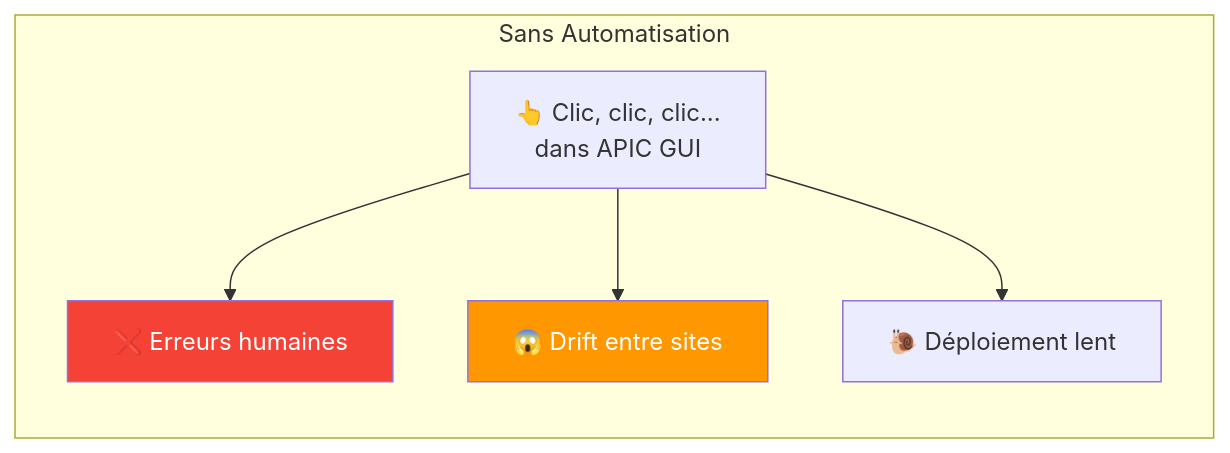
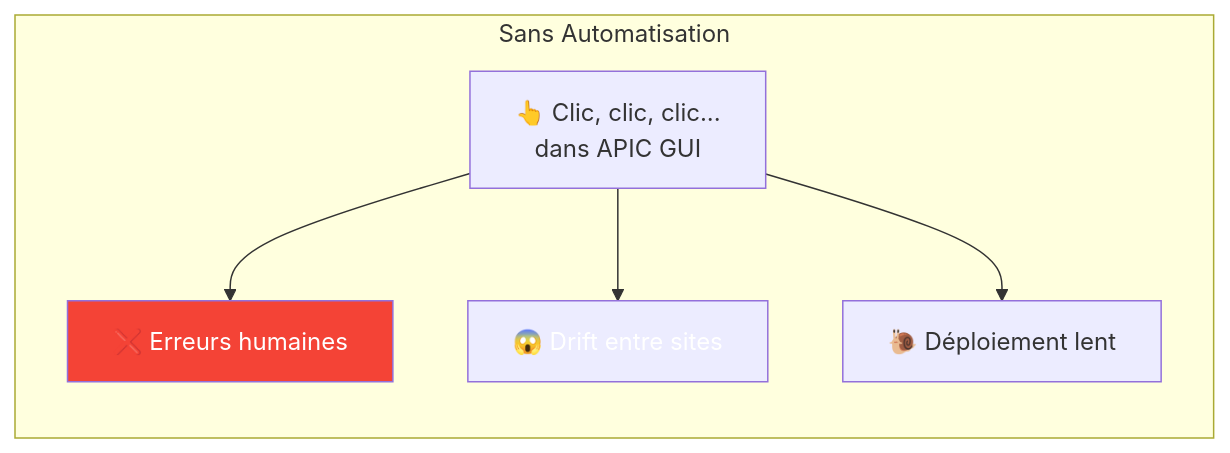
The second of 5 diagrams in docs/formations/terraform-aci/index.md (VBlackJack/ShellBook), drawn with Mermaid before and after one commit. The commit also changed other lines of this file and 337 other files, not shown here.

First line of the commit message:
refactor(docs): Standardize code blocks and Mermaid colors

````diff
--- a/docs/formations/terraform-aci/index.md
+++ b/docs/formations/terraform-aci/index.md
@@ -48,16 +48,16 @@
 ```mermaid
 graph LR
     subgraph "Sans Automatisation"
         CLICK["👆 Clic, clic, clic...<br/>dans APIC GUI"]
         ERROR["❌ Erreurs humaines"]
         DRIFT["😱 Drift entre sites"]
         SLOW["🐌 Déploiement lent"]
     end
 
     CLICK --> ERROR
     CLICK --> DRIFT
     CLICK --> SLOW
 
     style ERROR fill:#f44336,color:#fff
-    style DRIFT fill:#ff9800,color:#fff
+    style DRIFT fill:#FF9800800800,color:#fff
 ```
````
